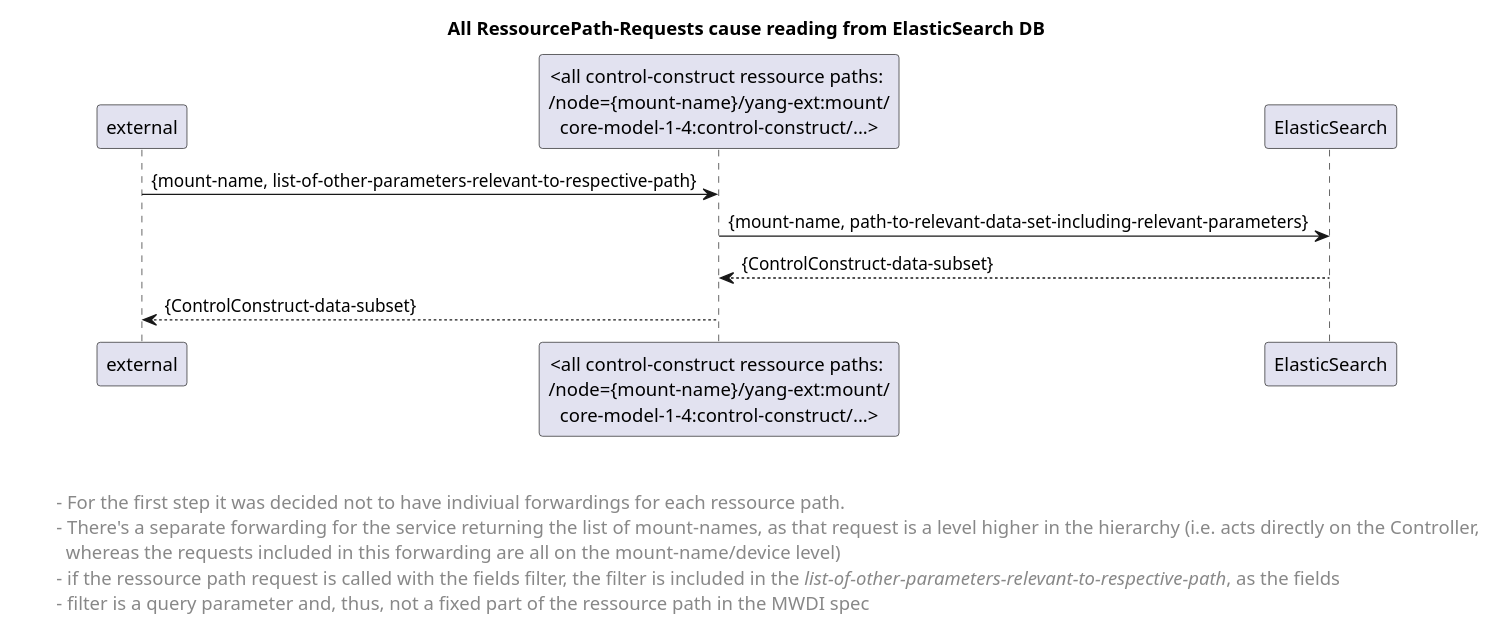
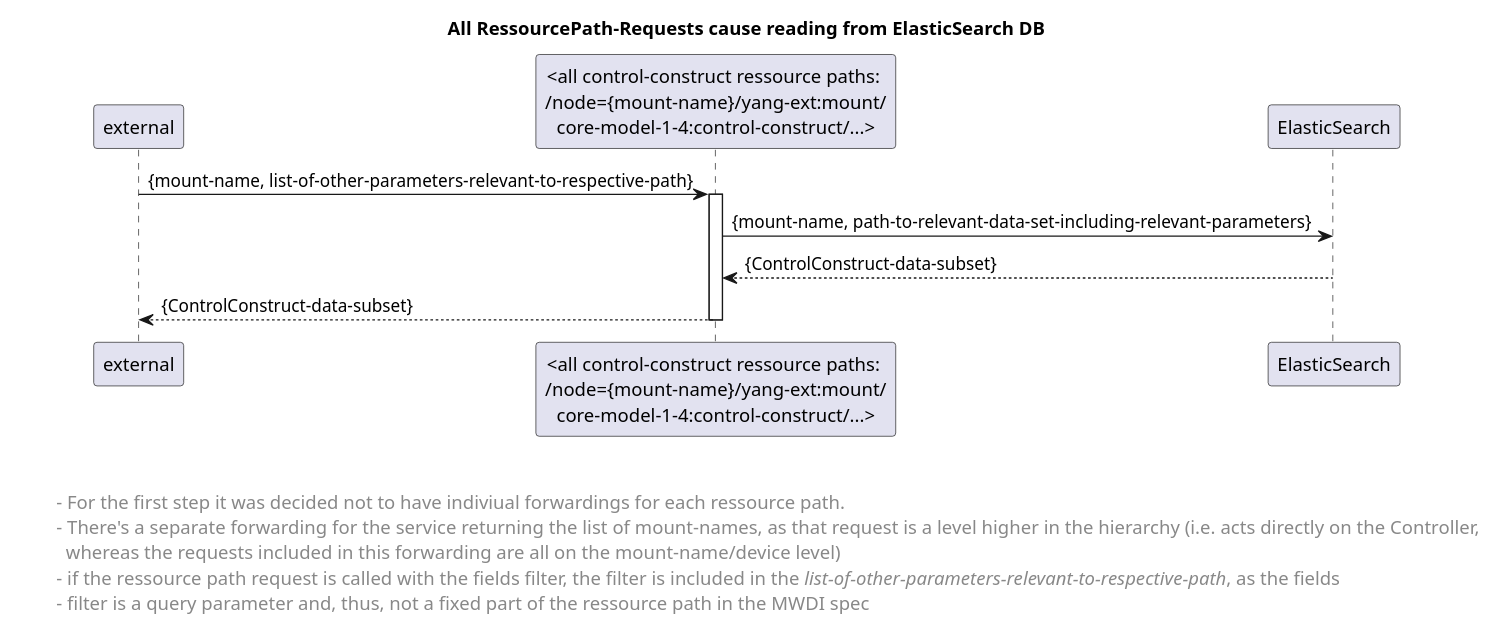
One commit to openBackhaul/MicroWaveDeviceInventory changed the diagram in spec/diagrams/06x_forwardingRessourcePathRequest.plantuml. Above: the diagram before and after it, drawn with PlantUML. The commit also changed 6 other files, not shown here.

```diff
--- a/spec/diagrams/06x_forwardingRessourcePathRequest.plantuml
+++ b/spec/diagrams/06x_forwardingRessourcePathRequest.plantuml
@@ -1,31 +1,37 @@
 @startuml
 skinparam responseMessageBelowArrow true
 
 title All RessourcePath-Requests cause reading from ElasticSearch DB
 
-"external" -> "<all control-construct ressource paths: \n/node={mount-name}/yang-ext:mount/\ncore-model-1-4:control-construct/...>": {mount-name, list-of-other-parameters-relevant-to-respective-path}
+participant "external" as requestor
+participant "<all control-construct ressource paths: \n/node={mount-name}/yang-ext:mount/\ncore-model-1-4:control-construct/...>" as ressourcePath
+participant "ElasticSearch" as es
 
-"<all control-construct ressource paths: \n/node={mount-name}/yang-ext:mount/\ncore-model-1-4:control-construct/...>" -> "ElasticSearch": {mount-name, path-to-relevant-data-set-including-relevant-parameters}
-"ElasticSearch" --> "<all control-construct ressource paths: \n/node={mount-name}/yang-ext:mount/\ncore-model-1-4:control-construct/...>": {ControlConstruct-data-subset}
 
-"<all control-construct ressource paths: \n/node={mount-name}/yang-ext:mount/\ncore-model-1-4:control-construct/...>" --> "external": {ControlConstruct-data-subset}
+requestor -> ressourcePath: {mount-name, list-of-other-parameters-relevant-to-respective-path}
+activate ressourcePath
 
+ressourcePath -> es: {mount-name, path-to-relevant-data-set-including-relevant-parameters}
+es --> ressourcePath: {ControlConstruct-data-subset}
+
+ressourcePath --> requestor: {ControlConstruct-data-subset}
+deactivate ressourcePath
 
 left footer 
 
 
 \t - For the first step it was decided not to have indiviual forwardings for each ressource path. 
 \t - There's a separate forwarding for the service returning the list of mount-names, as that request is a level higher in the hierarchy (i.e. acts directly on the Controller, 
 \t   whereas the requests included in this forwarding are all on the mount-name/device level)
 \t - if the ressource path request is called with the fields filter, the filter is included in the <i>list-of-other-parameters-relevant-to-respective-path</i>, as the fields
 \t - filter is a query parameter and, thus, not a fixed part of the ressource path in the MWDI spec
 end footer
 
 <style>
 footer {
   HorizontalAlignment left
   FontSize 14
 }
 </style>
 
 @enduml
```
